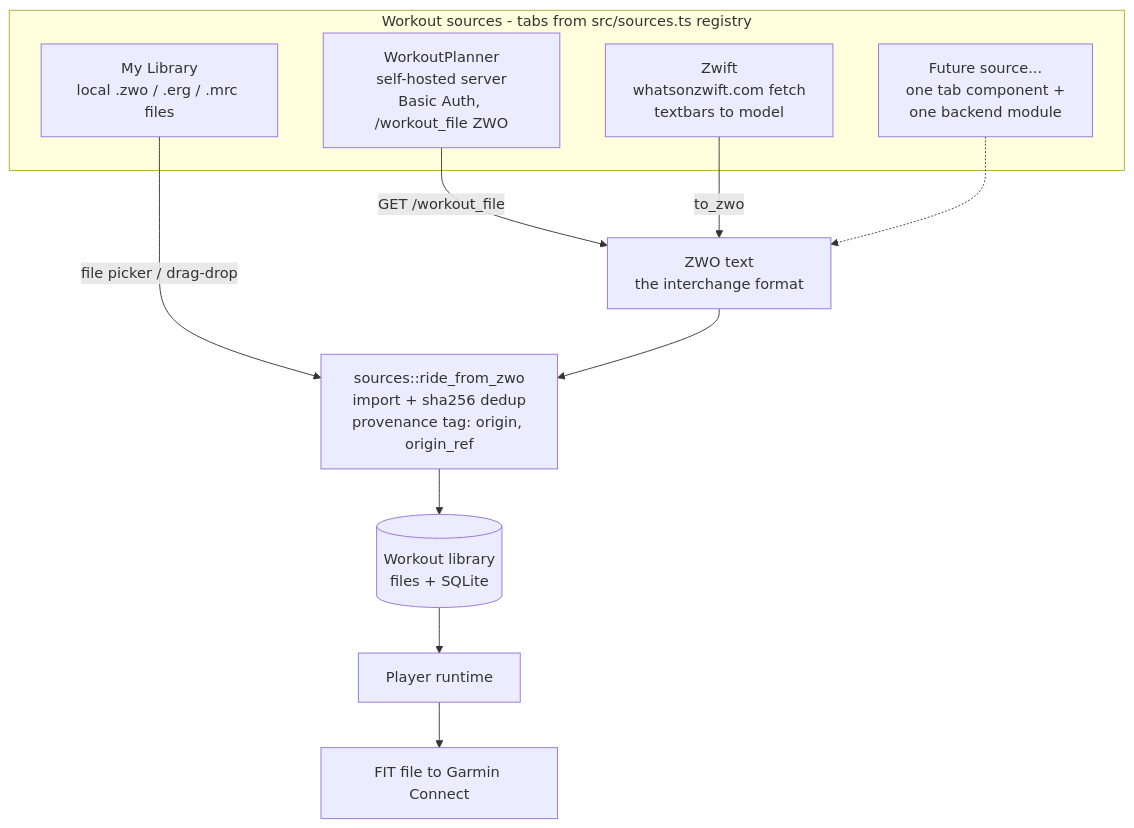
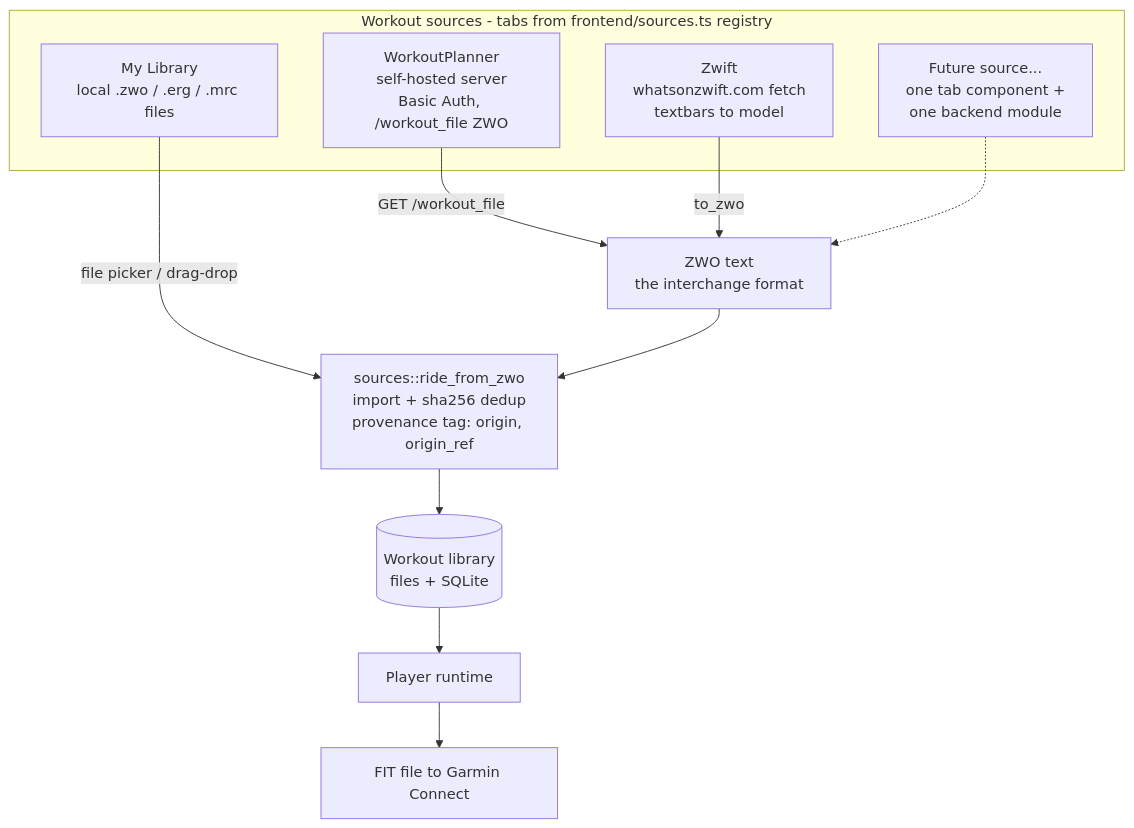
The first of 3 diagrams in docs/architecture.md (sergioclemente/TrainerPro), drawn with Mermaid before and after one commit. The commit also changed other lines of this file and 140 other files, not shown here.

````diff
--- a/docs/architecture.md
+++ b/docs/architecture.md
@@ -15,24 +15,24 @@
 ```mermaid
 flowchart TD
-    subgraph SRCS["Workout sources - tabs from src/sources.ts registry"]
+    subgraph SRCS["Workout sources - tabs from frontend/sources.ts registry"]
         LOCAL["My Library<br/>local .zwo / .erg / .mrc files"]
         WP["WorkoutPlanner<br/>self-hosted server<br/>Basic Auth, /workout_file ZWO"]
         WOZ["Zwift<br/>whatsonzwift.com fetch<br/>textbars to model"]
         FUTURE["Future source...<br/>one tab component +<br/>one backend module"]
     end
 
     ZWO["ZWO text<br/>the interchange format"]
     PIPE["sources::ride_from_zwo<br/>import + sha256 dedup<br/>provenance tag: origin, origin_ref"]
     LIB[("Workout library<br/>files + SQLite")]
     PLAYER["Player runtime"]
     FIT["FIT file to Garmin Connect"]
 
     LOCAL -->|file picker / drag-drop| PIPE
     WP -->|GET /workout_file| ZWO
     WOZ -->|to_zwo| ZWO
     FUTURE -.-> ZWO
     ZWO --> PIPE
     PIPE --> LIB
     LIB --> PLAYER
     PLAYER --> FIT
 ```
````
